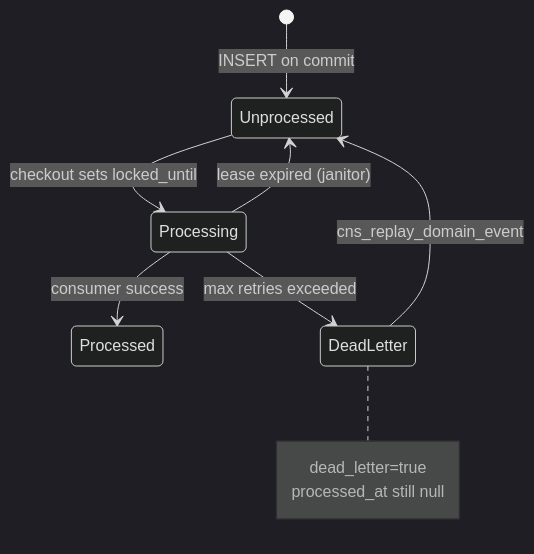
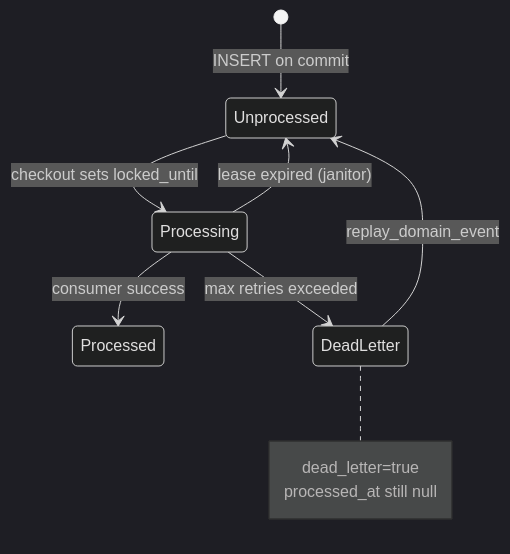
The seventh of 7 diagrams in docs/chats/design.md (higorpo/renovi-orbit-test), drawn with Mermaid (dark theme) before and after one commit. The commit also changed other lines of this file and 19 other files, not shown here.

First line of the commit message:
Enhance chat system with new RLS policies and domain event handling

````diff
--- a/docs/chats/design.md
+++ b/docs/chats/design.md
@@ -1013,10 +1013,10 @@
 ```mermaid
 stateDiagram-v2
   [*] --> Unprocessed: INSERT on commit
   Unprocessed --> Processing: checkout sets locked_until
   Processing --> Processed: consumer success
   Processing --> Unprocessed: lease expired (janitor)
   Processing --> DeadLetter: max retries exceeded
-  DeadLetter --> Unprocessed: cns_replay_domain_event
+  DeadLetter --> Unprocessed: replay_domain_event
   note right of DeadLetter: dead_letter=true<br/>processed_at still null
 ```
````
